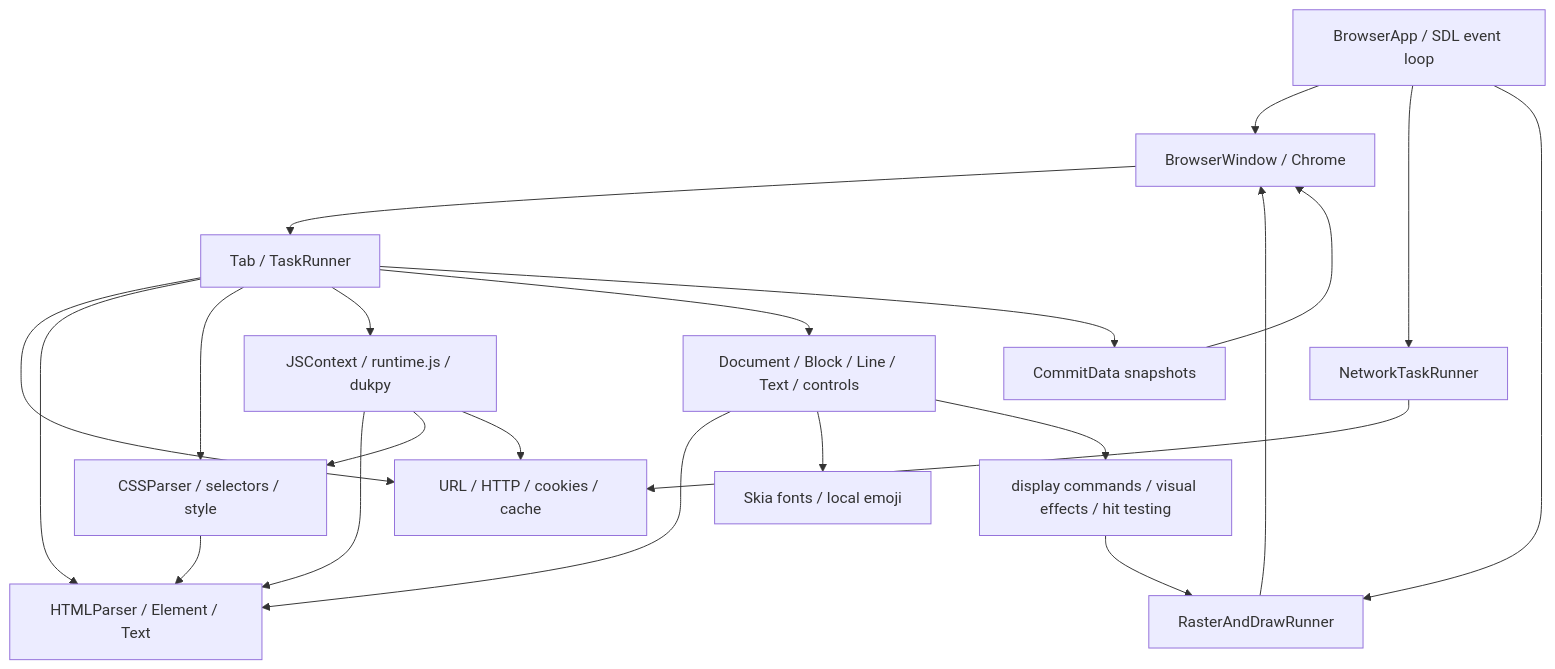
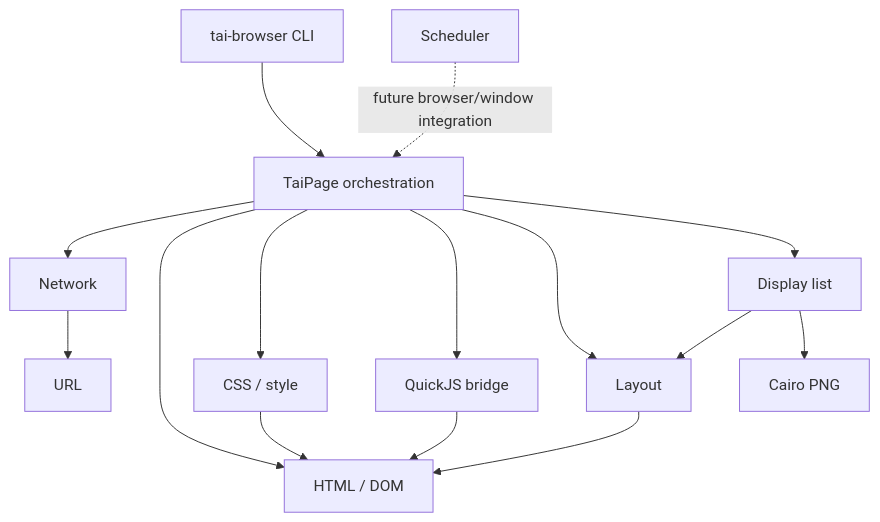
One commit to paulboul1013/tai_ci changed the diagram in ARCHITECTURE.md. Above: the diagram before and after it, drawn with Mermaid. The commit also changed other lines of this file and 25 other files, not shown here.

Commit message:
Add display-list hit testing

````diff
--- a/ARCHITECTURE.md
+++ b/ARCHITECTURE.md
@@ -12,24 +71,17 @@
 ```mermaid
 graph TD
-  App[BrowserApp / SDL event loop] --> Window[BrowserWindow / Chrome]
-  App --> Network[NetworkTaskRunner]
-  App --> Raster[RasterAndDrawRunner]
-  Window --> Tab[Tab / TaskRunner]
-  Tab --> URL[URL / HTTP / cookies / cache]
-  Network --> URL
-  Tab --> DOM[HTMLParser / Element / Text]
-  Tab --> CSS[CSSParser / selectors / style]
+  CLI[tai-browser CLI] --> Page[TaiPage orchestration]
+  Page --> Network[Network]
+  Page --> DOM[HTML / DOM]
+  Page --> CSS[CSS / style]
+  Page --> JS[QuickJS bridge]
+  Page --> Layout[Layout]
+  Page --> Display[Display list]
+  Network --> URL[URL]
   CSS --> DOM
-  Tab --> JS[JSContext / runtime.js / dukpy]
   JS --> DOM
-  JS --> CSS
-  JS --> URL
-  Tab --> Layout[Document / Block / Line / Text / controls]
   Layout --> DOM
-  Layout --> Font[Skia fonts / local emoji]
-  Layout --> Display[display commands / visual effects / hit testing]
-  Display --> Raster
-  Tab --> Commit[CommitData snapshots]
-  Commit --> Window
-  Raster --> Window
+  Display --> Layout
+  Display --> Cairo[Cairo PNG]
+  Scheduler[Scheduler] -. future browser/window integration .-> Page
 ```
````
